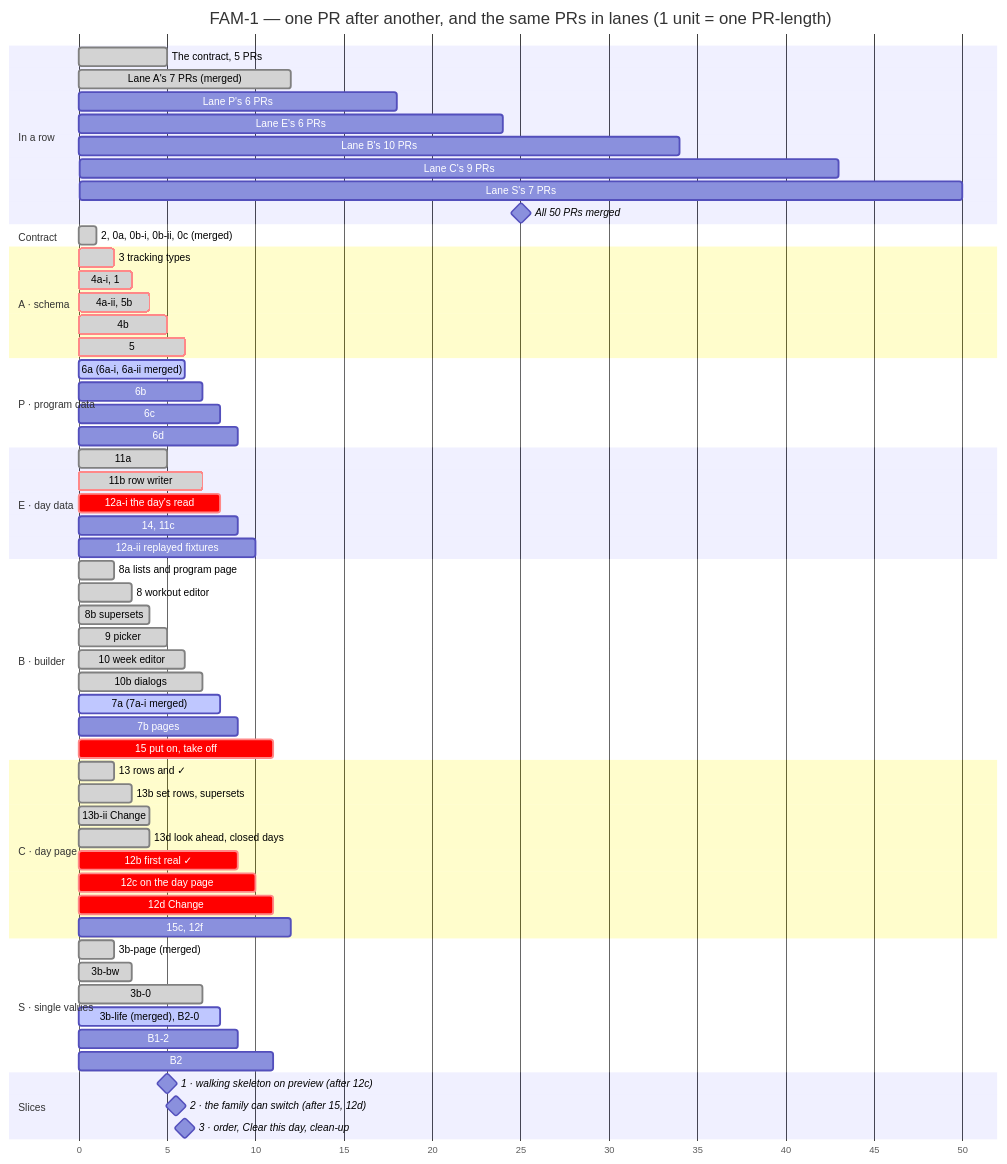
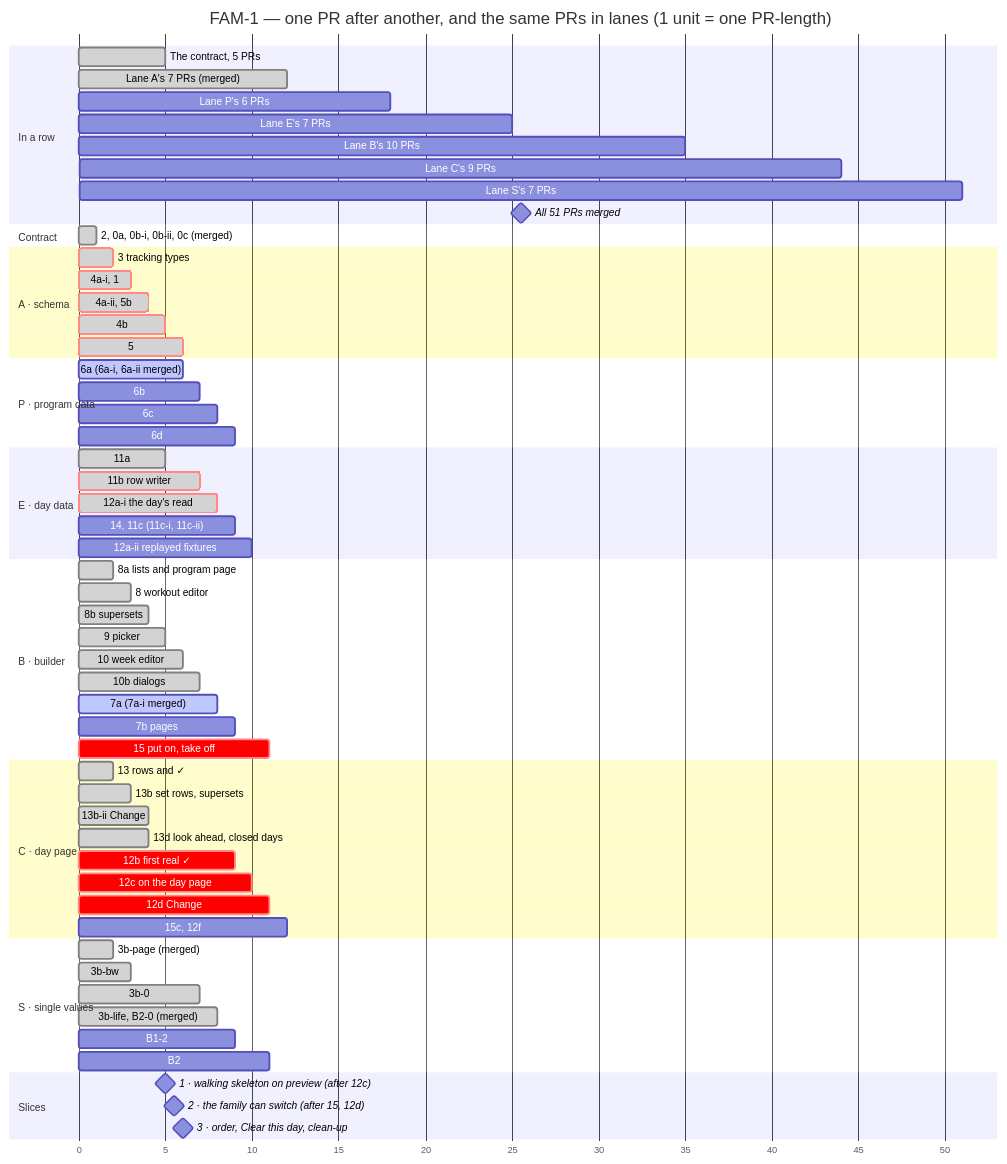
One commit to ralamode/mat-plan changed the second of 2 diagrams in docs/milestones/fam-1-family-program.md. Above: the diagram before and after it, drawn with Mermaid. The commit also changed other lines of this file and 1 other file, not shown here.

First line of the commit message:
docs(fam-1): who reads today in 12b, two reads and a seam, and 11c as two PRs (#532)

````diff
--- a/docs/milestones/fam-1-family-program.md
+++ b/docs/milestones/fam-1-family-program.md
@@ -258,74 +258,74 @@
 ```mermaid
 gantt
   title FAM-1 — one PR after another, and the same PRs in lanes (1 unit = one PR-length)
   dateFormat X
   axisFormat %s
   todayMarker off
 
   section In a row
   The contract, 5 PRs          :done, r0, 0, 5
   Lane A's 7 PRs (merged)      :done, r1, 5, 12
   Lane P's 6 PRs               :r2, 12, 18
-  Lane E's 6 PRs               :r3, 18, 24
-  Lane B's 10 PRs              :r4, 24, 34
-  Lane C's 9 PRs               :r5, 34, 43
-  Lane S's 7 PRs               :r6, 43, 50
-  All 50 PRs merged            :milestone, rm, 50, 50
+  Lane E's 7 PRs               :r3, 18, 25
+  Lane B's 10 PRs              :r4, 25, 35
+  Lane C's 9 PRs               :r5, 35, 44
+  Lane S's 7 PRs               :r6, 44, 51
+  All 51 PRs merged            :milestone, rm, 51, 51
 
   section Contract
   2, 0a, 0b-i, 0b-ii, 0c (merged) :done, c0, 0, 1
 
   section A · schema
   3 tracking types             :crit, done, a1, 1, 2
   4a-i, 1                      :crit, done, a2, 2, 3
   4a-ii, 5b                    :crit, done, a3, 3, 4
   4b                           :crit, done, a4, 4, 5
   5                            :crit, done, a5, 5, 6
 
   section P · program data
   6a (6a-i, 6a-ii merged)      :active, p1, 5, 6
   6b                           :p2, 6, 7
   6c                           :p3, 7, 8
   6d                           :p4, 8, 9
 
   section E · day data
   11a                          :done, e1, 4, 5
   11b row writer               :crit, done, e2, 5, 7
-  12a-i the day's read         :crit, e3, 7, 8
-  14, 11c                      :e4, 8, 9
+  12a-i the day's read         :crit, done, e3, 7, 8
+  14, 11c (11c-i, 11c-ii)      :e4, 8, 9
   12a-ii replayed fixtures     :e5, 9, 10
 
   section B · builder
   8a lists and program page    :done, b1, 1, 2
   8 workout editor             :done, b2, 2, 3
   8b supersets                 :done, b3, 3, 4
   9 picker                     :done, b4, 4, 5
   10 week editor               :done, b5, 5, 6
   10b dialogs                  :done, b6, 6, 7
   7a (7a-i merged)             :active, b7, 7, 8
   7b pages                     :b8, 8, 9
   15 put on, take off          :crit, b9, 10, 11
 
   section C · day page
   13 rows and ✓                :done, c1, 1, 2
   13b set rows, supersets      :done, c2, 2, 3
   13b-ii Change                :done, c2b, 3, 4
   13d look ahead, closed days  :done, c3, 3, 4
   12b first real ✓             :crit, c4, 8, 9
   12c on the day page          :crit, c5, 9, 10
   12d Change                   :crit, c6, 10, 11
   15c, 12f                     :c7, 11, 12
 
   section S · single values
   3b-page (merged)             :done, s1, 1, 2
   3b-bw                        :done, s2, 2, 3
   3b-0                         :done, s3, 6, 7
-  3b-life (merged), B2-0       :active, s4, 7, 8
+  3b-life, B2-0 (merged)       :done, s4, 7, 8
   B1-2                         :s5, 8, 9
   B2                           :s6, 10, 11
 
   section Slices
   1 · walking skeleton on preview (after 12c) :milestone, m1, 10, 10
   2 · the family can switch (after 15, 12d)   :milestone, m2, 11, 11
   3 · order, Clear this day, clean-up         :milestone, m3, 12, 12
 ```
````
